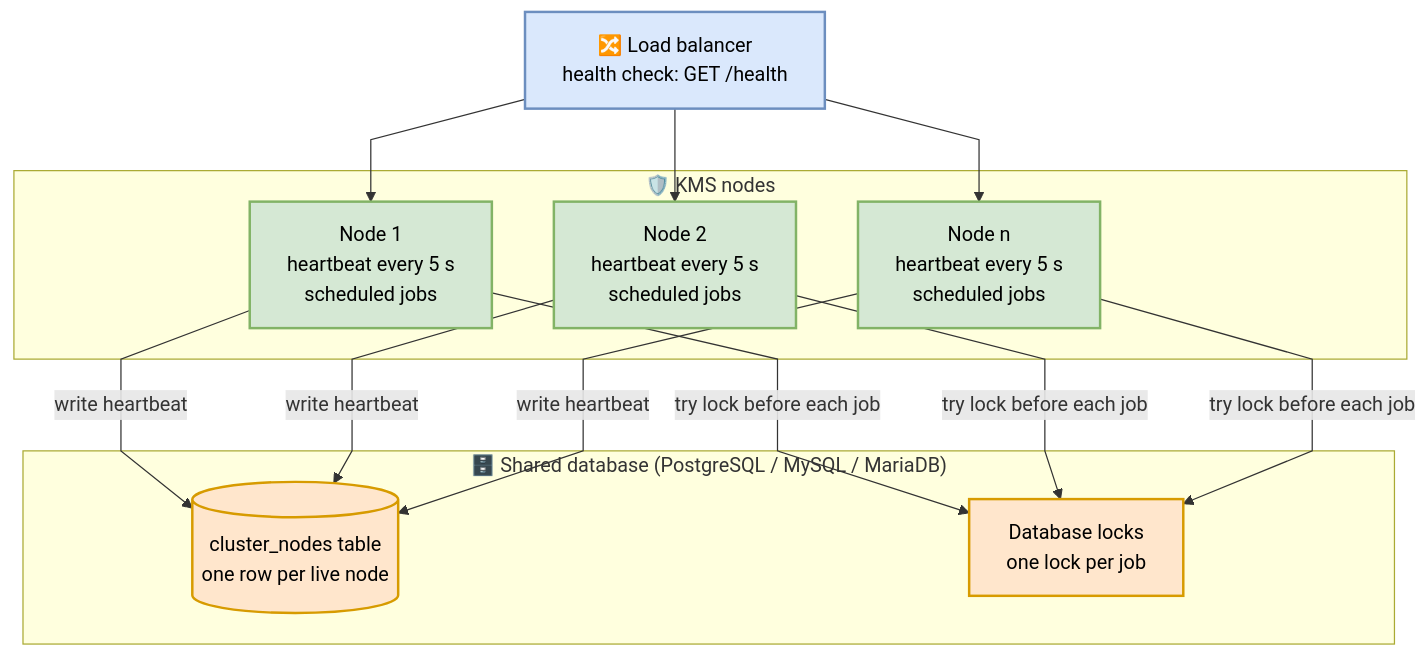
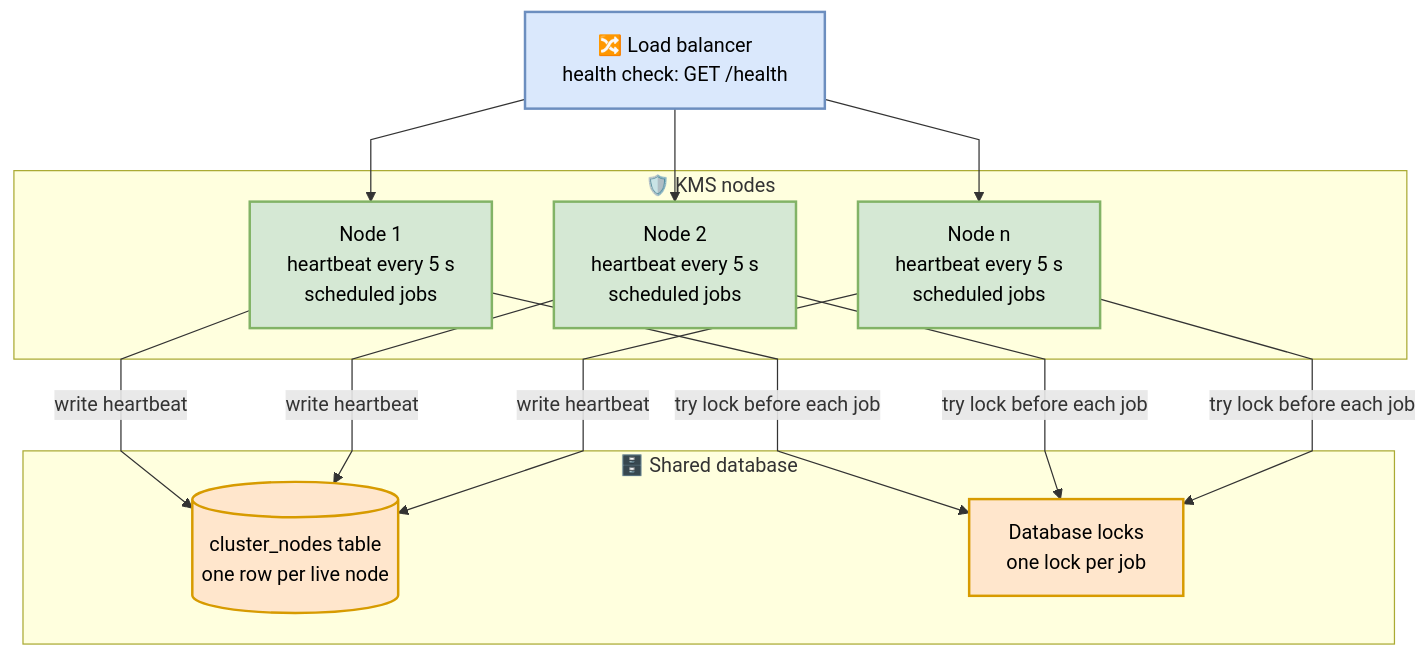
One commit to Cosmian/kms changed the first of 3 diagrams in documentation/docs/installation/cluster_coordination.md. Above: the diagram before and after it, drawn with Mermaid. The commit also changed other lines of this file and 2 other files, not shown here.

First line of the commit message:
docs: wrap the Mermaid labels to the repository width limits (#1366)

````diff
--- a/documentation/docs/installation/cluster_coordination.md
+++ b/documentation/docs/installation/cluster_coordination.md
@@ -14,24 +14,24 @@
 ```mermaid
 %%{init: {"flowchart": {"curve": "linear"}}}%%
 flowchart TB
     classDef lb fill:#dae8fc,stroke:#6c8ebf,stroke-width:2px,color:#000
     classDef kms fill:#d5e8d4,stroke:#82b366,stroke-width:2px,color:#000
     classDef db fill:#ffe6cc,stroke:#d79b00,stroke-width:2px,color:#000
 
     lb["🔀 Load balancer<br/>health check: GET /health"]:::lb
 
     subgraph kms_cluster["🛡️ KMS nodes"]
         node1["Node 1<br/>heartbeat every 5 s<br/>scheduled jobs"]:::kms
         node2["Node 2<br/>heartbeat every 5 s<br/>scheduled jobs"]:::kms
         nodeN["Node n<br/>heartbeat every 5 s<br/>scheduled jobs"]:::kms
     end
 
-    subgraph db["🗄️ Shared database (PostgreSQL / MySQL / MariaDB)"]
+    subgraph db["🗄️ Shared database"]
         table[("cluster_nodes table<br/>one row per live node")]:::db
         locks["Database locks<br/>one lock per job"]:::db
     end
 
     lb --> node1 & node2 & nodeN
     node1 & node2 & nodeN -->|write heartbeat| table
     node1 & node2 & nodeN -->|try lock before each job| locks
 ```
````
